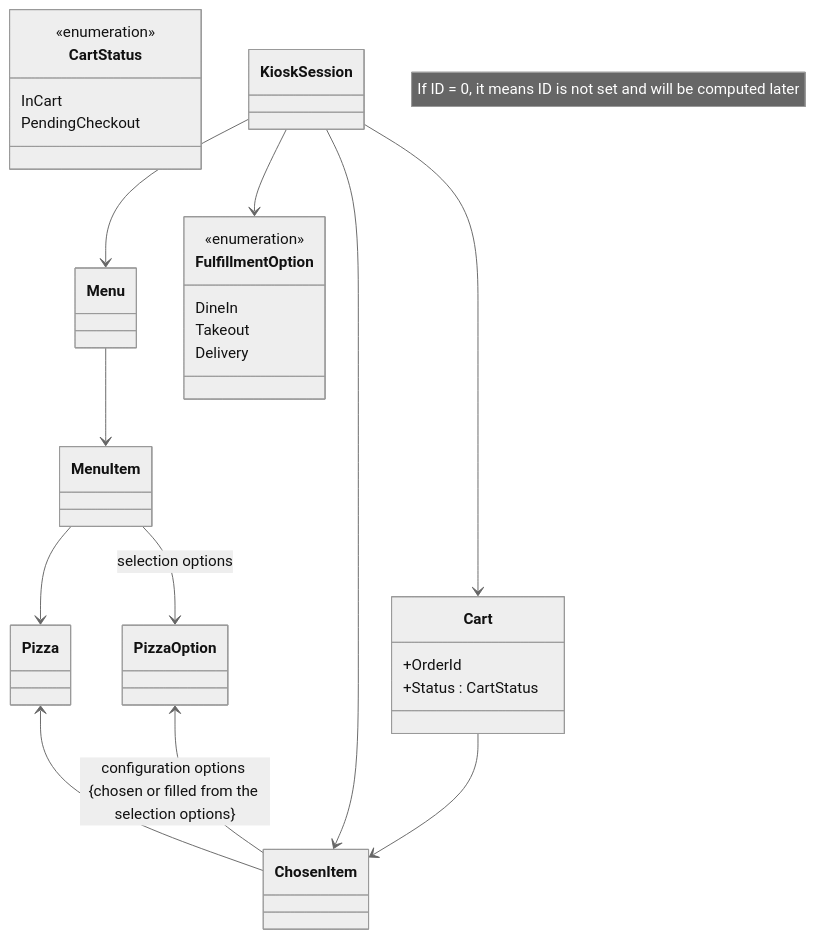
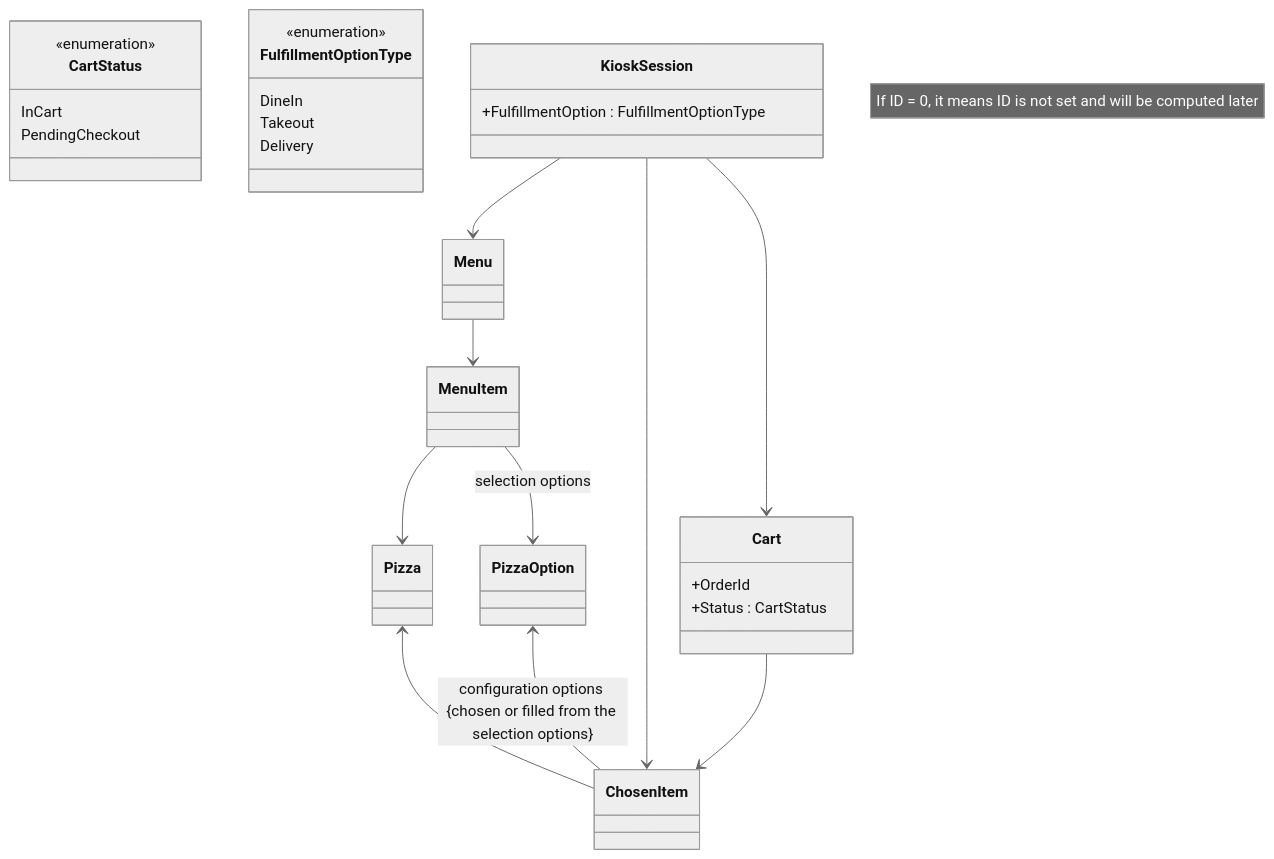
Before and after one commit to ekral/Utb.PizzaKiosk: the diagram in README.md, drawn with Mermaid (neutral theme).

````diff
--- a/README.md
+++ b/README.md
@@ -160,40 +160,42 @@
 ```mermaid
  classDiagram
    note "If ID = 0, it means ID is not set and will be computed later"
    %% direction LR
    class PizzaOption
    class Pizza
    class MenuItem
    class Menu
    class ChosenItem
 
    class CartStatus{
       <<enumeration>>
       InCart
       PendingCheckout
    }
 
    class Cart{
       +OrderId
       +Status : CartStatus
    }
 
-   class FulfillmentOption{
+   class FulfillmentOptionType{
       <<enumeration>>
       DineIn
       Takeout
       Delivery
    }
 
-   class KioskSession
+   class KioskSession{
+      +FulfillmentOption : FulfillmentOptionType
+   }
+
    MenuItem --> Pizza
    Pizza <-- ChosenItem
    MenuItem --> PizzaOption : selection options
    PizzaOption <-- ChosenItem : configuration options {chosen or filled from the selection options}
    Menu --> MenuItem
    KioskSession --> Menu
-   KioskSession --> FulfillmentOption
    KioskSession  --> ChosenItem
    KioskSession  --> Cart
    Cart --> ChosenItem
 ```
````
